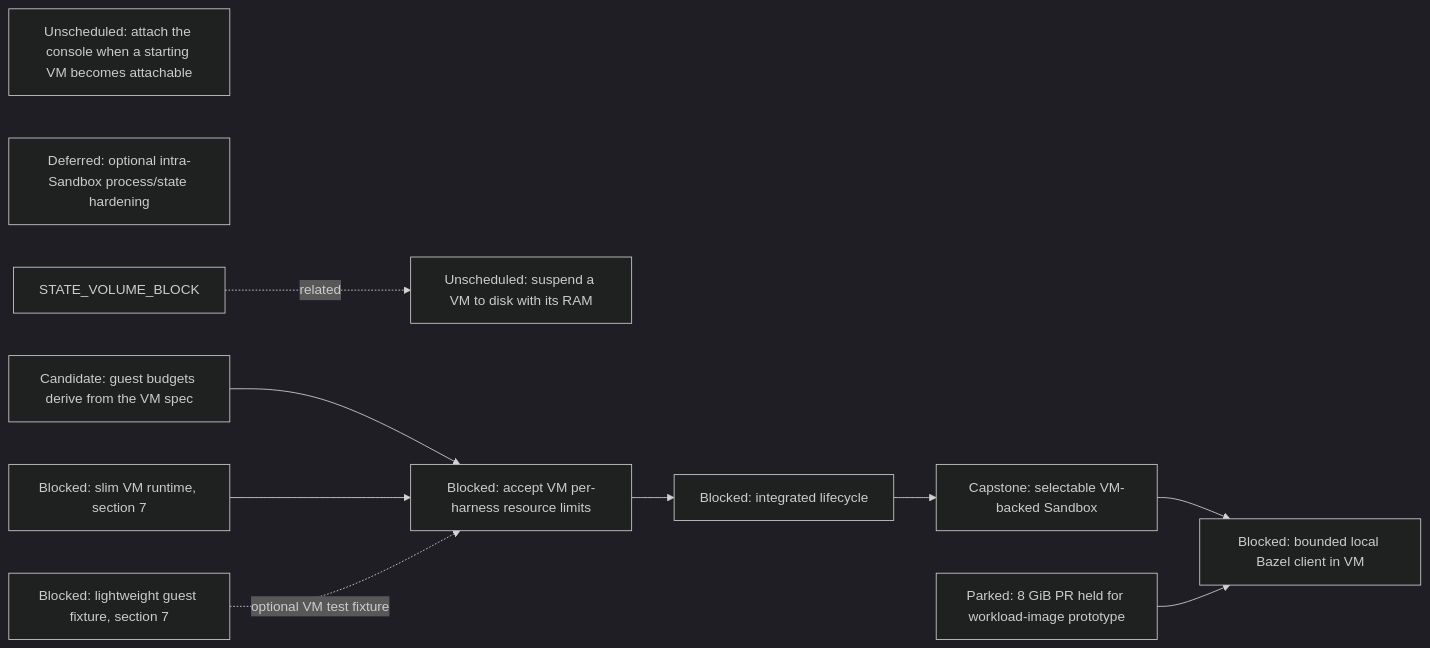
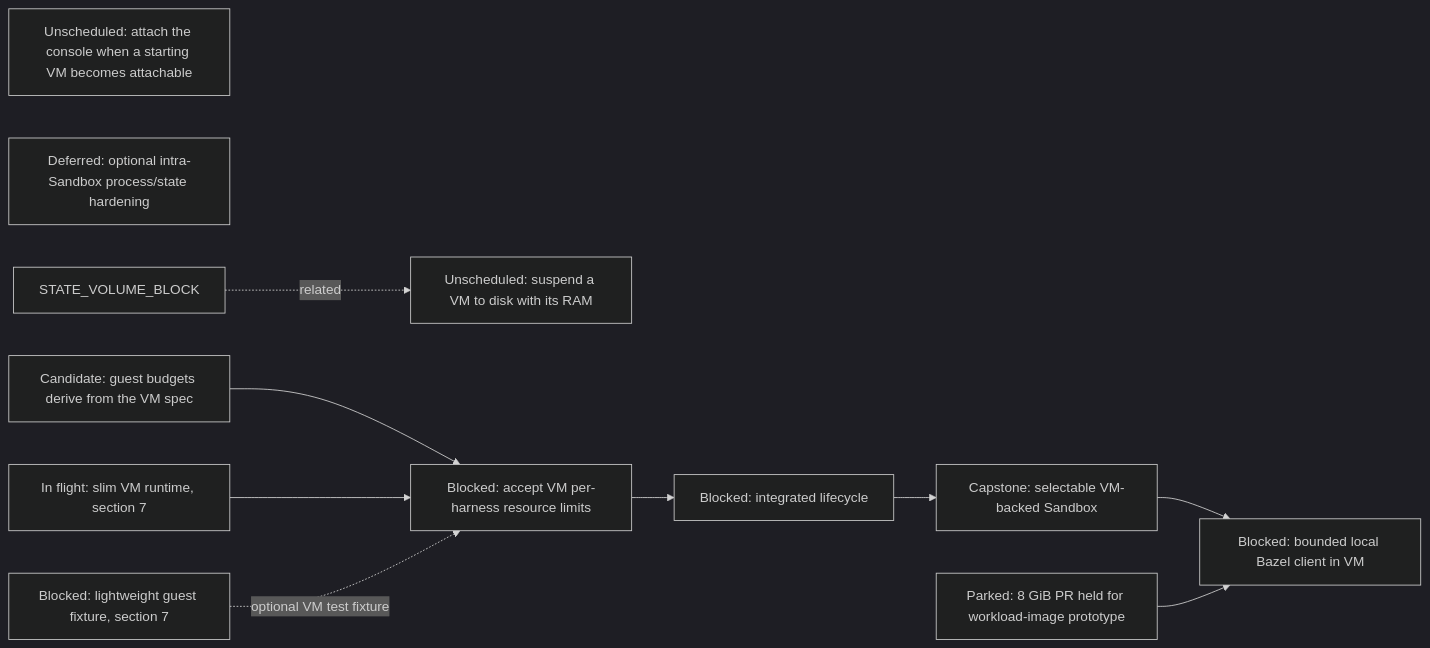
Before and after one commit to agentydragon-agent/ducktape: the sixth of 17 diagrams in agentplane/plans/task_dag.md, drawn with Mermaid (dark theme). The commit also changed other lines of this file and 2 other files, not shown here.

First line of the commit message:
agentplane: refresh stale DAG status for the History port and runner disk (#11205)

````diff
--- a/agentplane/plans/task_dag.md
+++ b/agentplane/plans/task_dag.md
@@ -711,20 +711,20 @@
 ```mermaid
 flowchart LR
     VM_RAM_SUSPEND[Unscheduled: suspend a VM to disk with its RAM]
     VM_CONSOLE_DEFERRED_ATTACH[Unscheduled: attach the console when a starting VM becomes attachable]
     VM_HARNESS_RESOURCE_LIMITS[Blocked: accept VM per-harness resource limits]
     VM_INTRA_SANDBOX_HARDENING[Deferred: optional intra-Sandbox process/state hardening]
-    RUNNER_LAYERING_VM[Blocked: slim VM runtime, section 7]
+    RUNNER_LAYERING_VM[In flight: slim VM runtime, section 7]
     K3S_VM_IMAGE[Blocked: lightweight guest fixture, section 7]
     VM_LIFECYCLE[Blocked: integrated lifecycle]
     STATE_VOLUME_BLOCK -. related .-> VM_RAM_SUSPEND
     VM_HARNESS_RESOURCE_LIMITS --> VM_LIFECYCLE
     VM_GUEST_BUDGET_DERIVE --> VM_HARNESS_RESOURCE_LIMITS
     RUNNER_LAYERING_VM --> VM_HARNESS_RESOURCE_LIMITS
     K3S_VM_IMAGE -. optional VM test fixture .-> VM_HARNESS_RESOURCE_LIMITS
     VM_LIFECYCLE --> SANDBOX_VM_ISOLATION[Capstone: selectable VM-backed Sandbox]
     VM_GUEST_MEMORY[Parked: 8 GiB PR held for workload-image prototype]
     VM_GUEST_BUDGET_DERIVE[Candidate: guest budgets derive from the VM spec]
     SANDBOX_VM_ISOLATION --> LOCAL_BAZEL[Blocked: bounded local Bazel client in VM]
     VM_GUEST_MEMORY --> LOCAL_BAZEL
 ```
````
